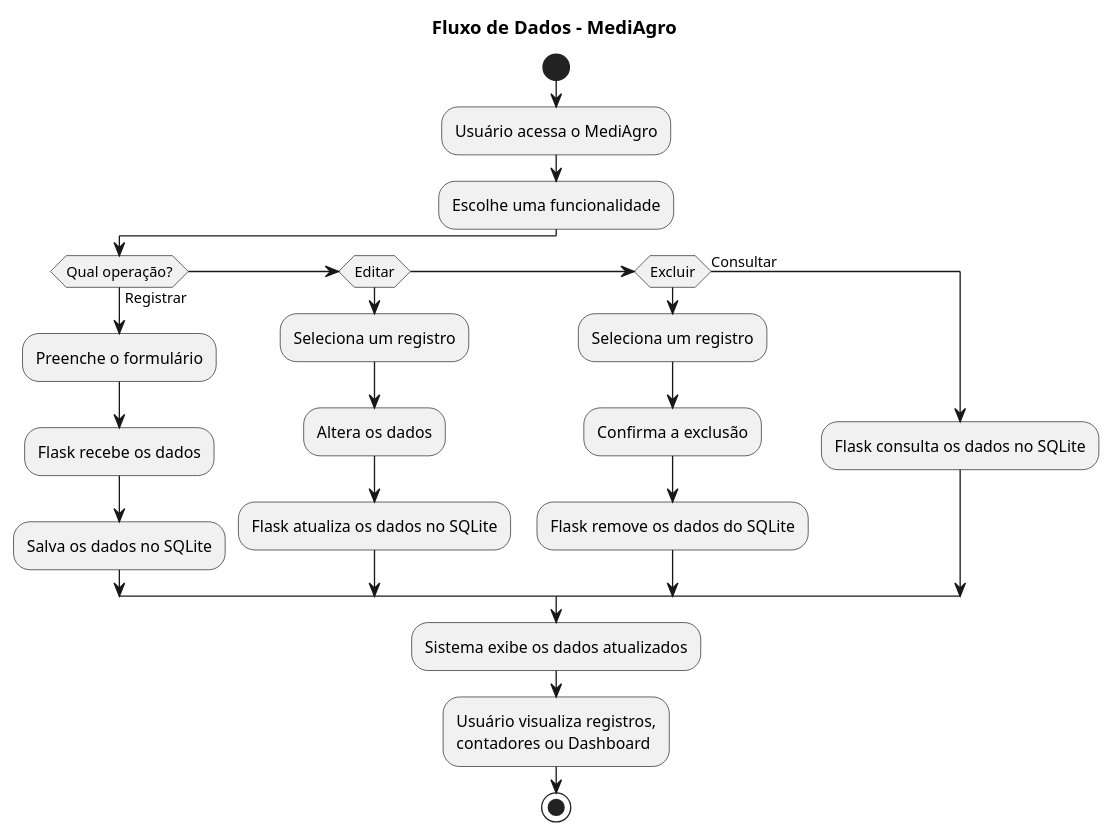
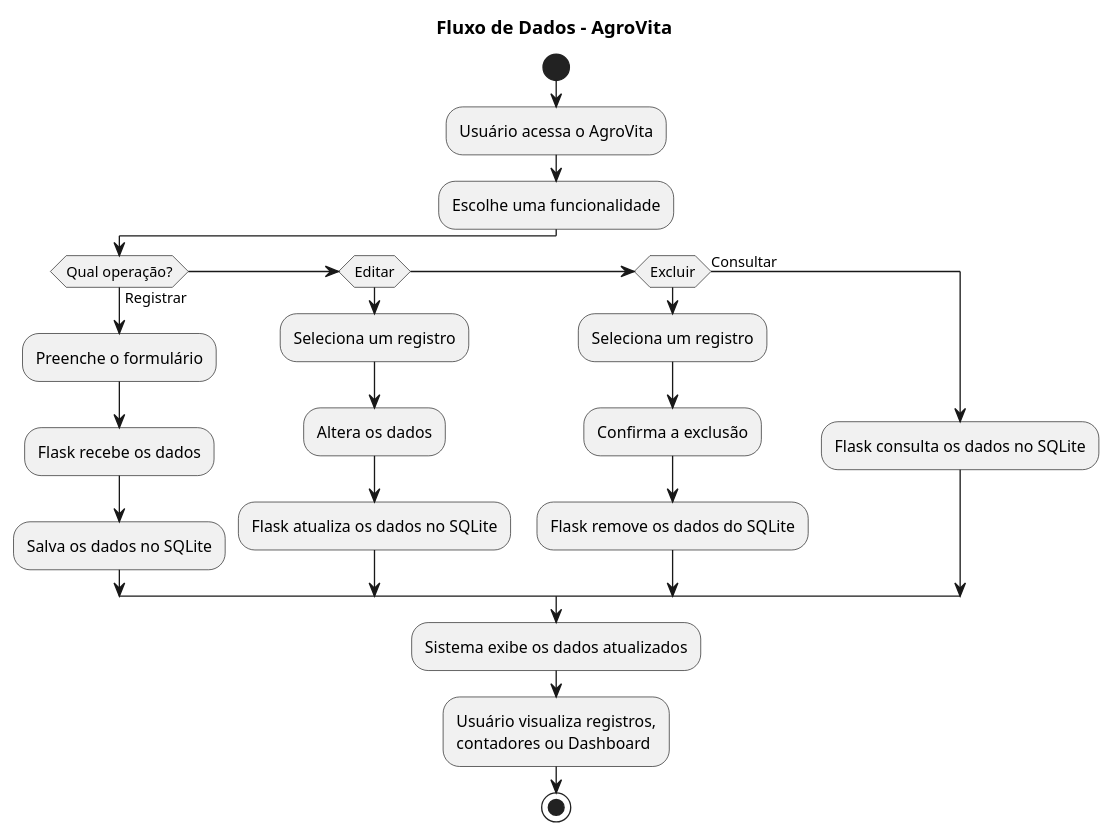
The diagram in fluxograma_processo.puml (laisy2k/agrovita), drawn with PlantUML before and after one commit. The commit also changed 9 other files, not shown here.

Commit message:
refactor: renomeia projeto para AgroVita

```diff
--- a/fluxograma_processo.puml
+++ b/fluxograma_processo.puml
@@ -1,36 +1,36 @@
 @startuml
 
-title Fluxo de Dados - MediAgro
+title Fluxo de Dados - AgroVita
 
 start
 
-:Usuário acessa o MediAgro;
+:Usuário acessa o AgroVita;
 
 :Escolhe uma funcionalidade;
 
 if (Qual operação?) then (Registrar)
     :Preenche o formulário;
     :Flask recebe os dados;
     :Salva os dados no SQLite;
 
 elseif (Editar)
     :Seleciona um registro;
     :Altera os dados;
     :Flask atualiza os dados no SQLite;
 
 elseif (Excluir)
     :Seleciona um registro;
     :Confirma a exclusão;
     :Flask remove os dados do SQLite;
 
 else (Consultar)
     :Flask consulta os dados no SQLite;
 endif
 
 :Sistema exibe os dados atualizados;
 
 :Usuário visualiza registros,\ncontadores ou Dashboard;
 
 stop
 
 @enduml
```
